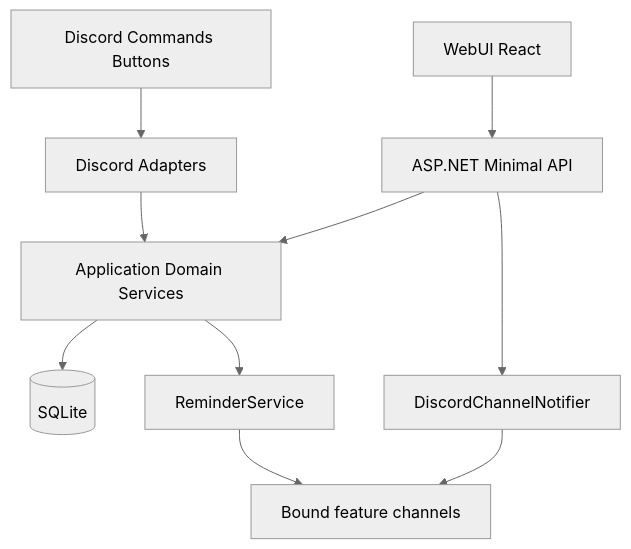
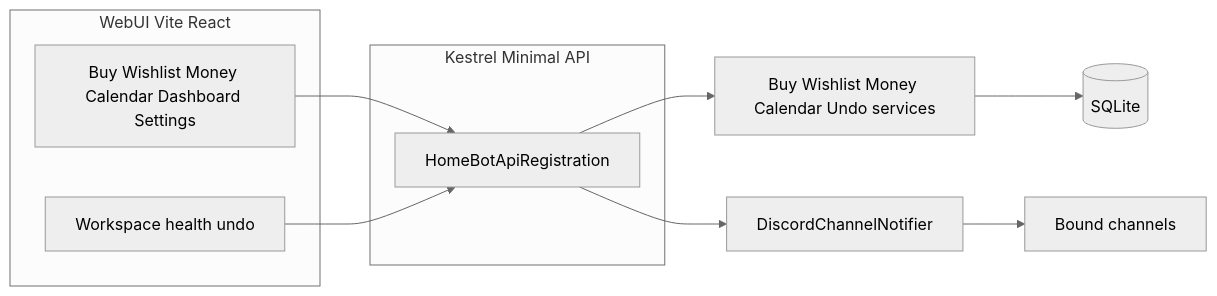
One commit to SypherXN/HomeBot changed the diagram in docs/Refined_WebUI_Adaptation_Plan.md. Above: the diagram before and after it, drawn with Mermaid (neutral theme). The commit also changed other lines of this file and 33 other files, not shown here.

Commit message:
Calendar WebUI

````diff
--- a/docs/Refined_WebUI_Adaptation_Plan.md
+++ b/docs/Refined_WebUI_Adaptation_Plan.md
@@ -79,12 +195,16 @@
 ```mermaid
-flowchart TD
-    webUi[WebUI React] --> api[ASP.NET Minimal API]
-    discordUi[Discord Commands Buttons] --> adapters[Discord Adapters]
-    api --> appServices[Application Domain Services]
-    adapters --> appServices
-    appServices --> sqlite[(SQLite)]
-    api --> webNotify[DiscordChannelNotifier]
-    webNotify --> discordChannels[Bound feature channels]
-    appServices --> reminder[ReminderService]
-    reminder --> discordChannels
+flowchart LR
+  subgraph webui [WebUI Vite React]
+    pages[Buy Wishlist Money Calendar Dashboard Settings]
+    ws[Workspace health undo]
+  end
+  subgraph api [Kestrel Minimal API]
+    routes[HomeBotApiRegistration]
+  end
+  pages --> routes
+  ws --> routes
+  routes --> svc[Buy Wishlist Money Calendar Undo services]
+  svc --> db[(SQLite)]
+  routes --> notify[DiscordChannelNotifier]
+  notify --> ch[Bound channels]
 ```
````
